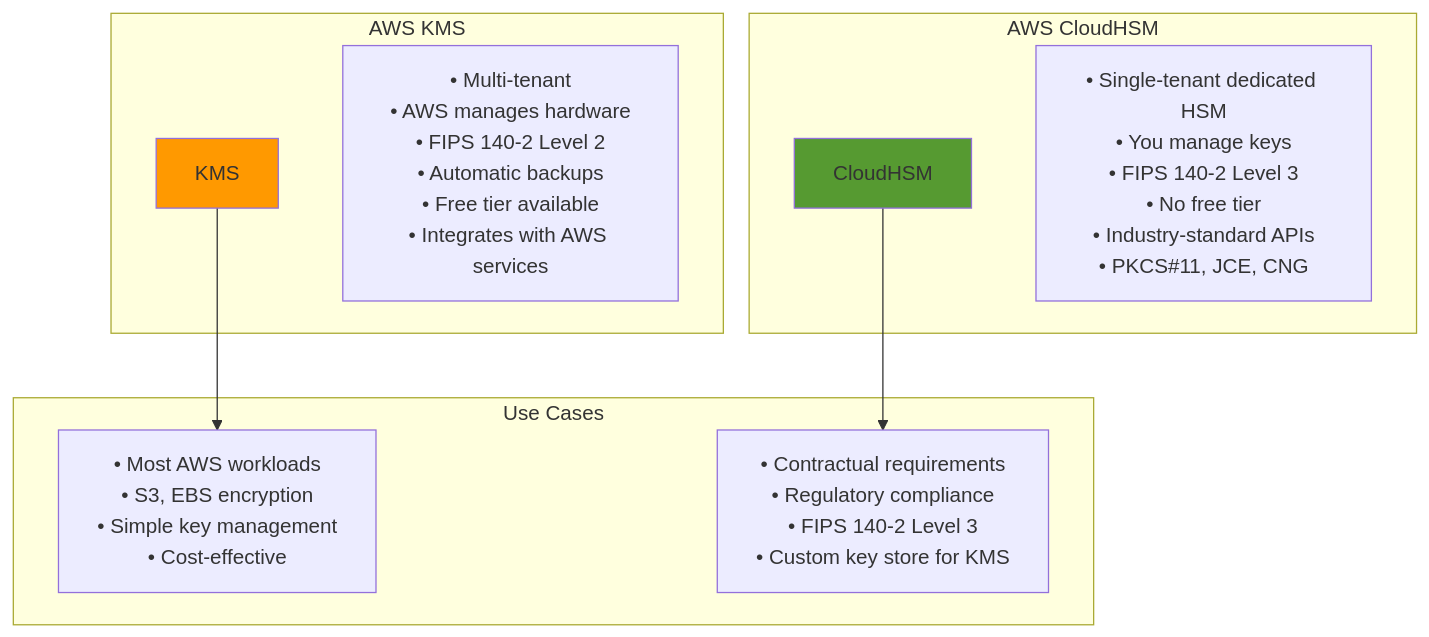
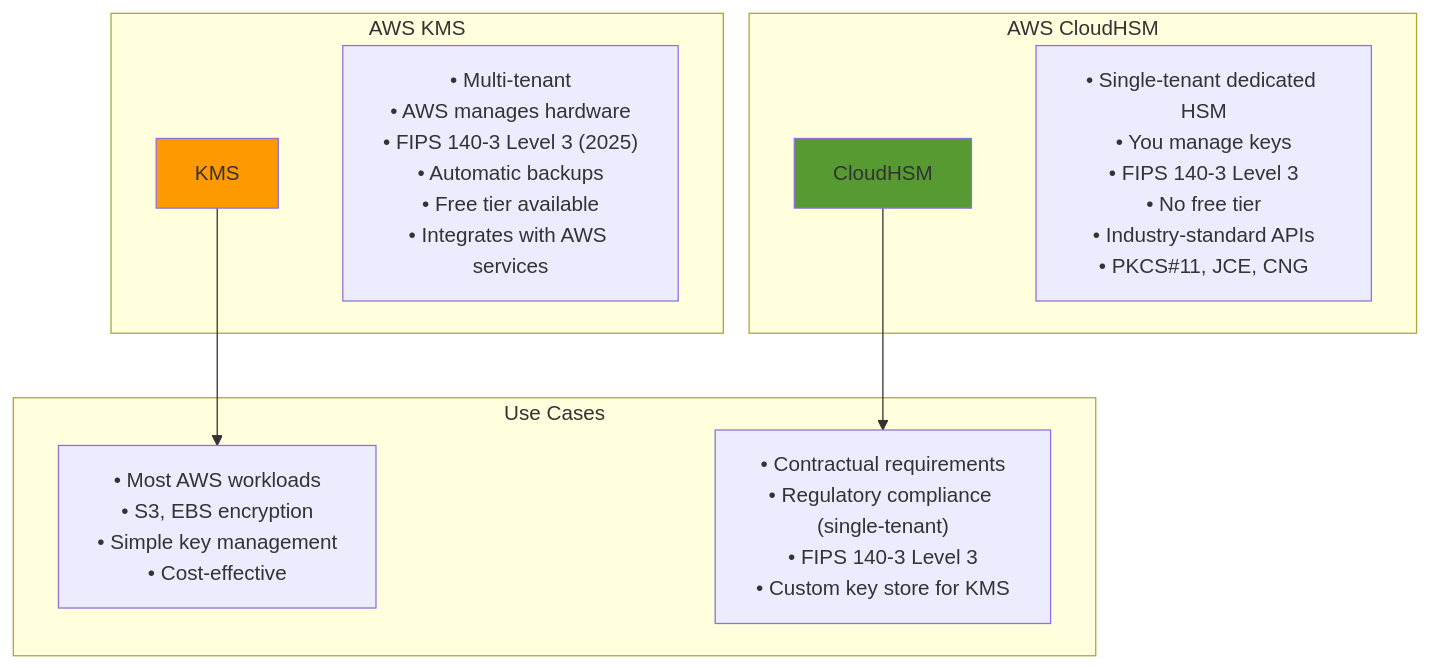
Before and after one commit to ChathurangaVKD/AWS-Certified-Solutions-Architect-Associate-SAA-C03: the fourth of 15 diagrams in 07-Security/DIAGRAMS.md, drawn with Mermaid. The commit also changed other lines of this file and 14 other files, not shown here.

````diff
--- a/07-Security/DIAGRAMS.md
+++ b/07-Security/DIAGRAMS.md
@@ -116,23 +116,23 @@
 ```mermaid
 graph TB
     subgraph AWS_KMS_Group["AWS KMS"]
         KMS[KMS]
-        KMS_Features["• Multi-tenant<br/>• AWS manages hardware<br/>• FIPS 140-2 Level 2<br/>• Automatic backups<br/>• Free tier available<br/>• Integrates with AWS services"]
+        KMS_Features["• Multi-tenant<br/>• AWS manages hardware<br/>• FIPS 140-3 Level 3 (2025)<br/>• Automatic backups<br/>• Free tier available<br/>• Integrates with AWS services"]
     end
     
     subgraph AWS_CloudHSM_Group["AWS CloudHSM"]
         HSM[CloudHSM]
-        HSM_Features["• Single-tenant dedicated HSM<br/>• You manage keys<br/>• FIPS 140-2 Level 3<br/>• No free tier<br/>• Industry-standard APIs<br/>• PKCS#11, JCE, CNG"]
+        HSM_Features["• Single-tenant dedicated HSM<br/>• You manage keys<br/>• FIPS 140-3 Level 3<br/>• No free tier<br/>• Industry-standard APIs<br/>• PKCS#11, JCE, CNG"]
     end
     
     subgraph Use_Cases_Group["Use Cases"]
         KMS --> KMS_Use["• Most AWS workloads<br/>• S3, EBS encryption<br/>• Simple key management<br/>• Cost-effective"]
         
-        HSM --> HSM_Use["• Contractual requirements<br/>• Regulatory compliance<br/>• FIPS 140-2 Level 3<br/>• Custom key store for KMS"]
+        HSM --> HSM_Use["• Contractual requirements<br/>• Regulatory compliance (single-tenant)<br/>• FIPS 140-3 Level 3<br/>• Custom key store for KMS"]
     end
     
     classDef style1 fill:#FF9900
     class KMS style1
     classDef style2 fill:#569A31
     class HSM style2
 ```
````
